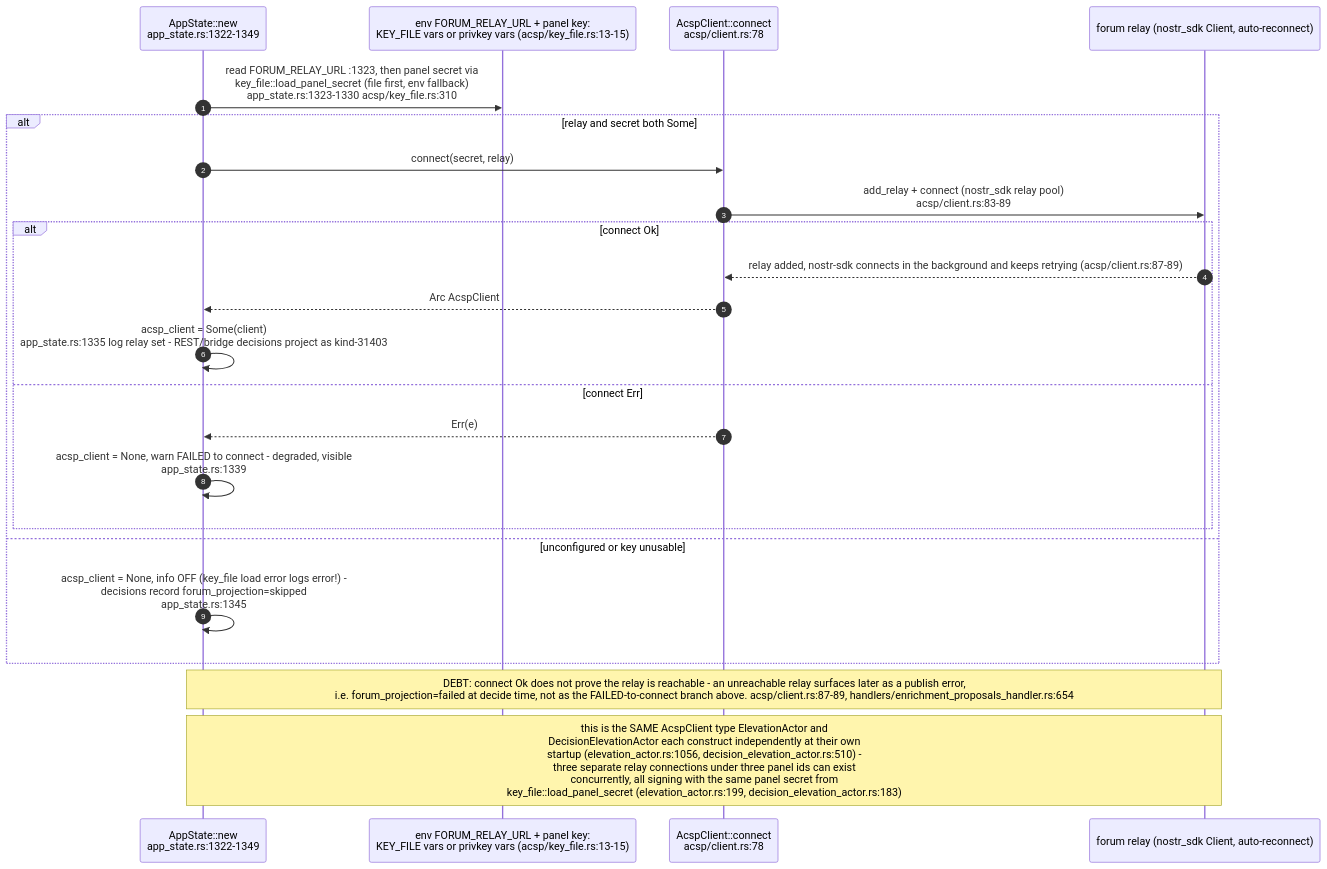
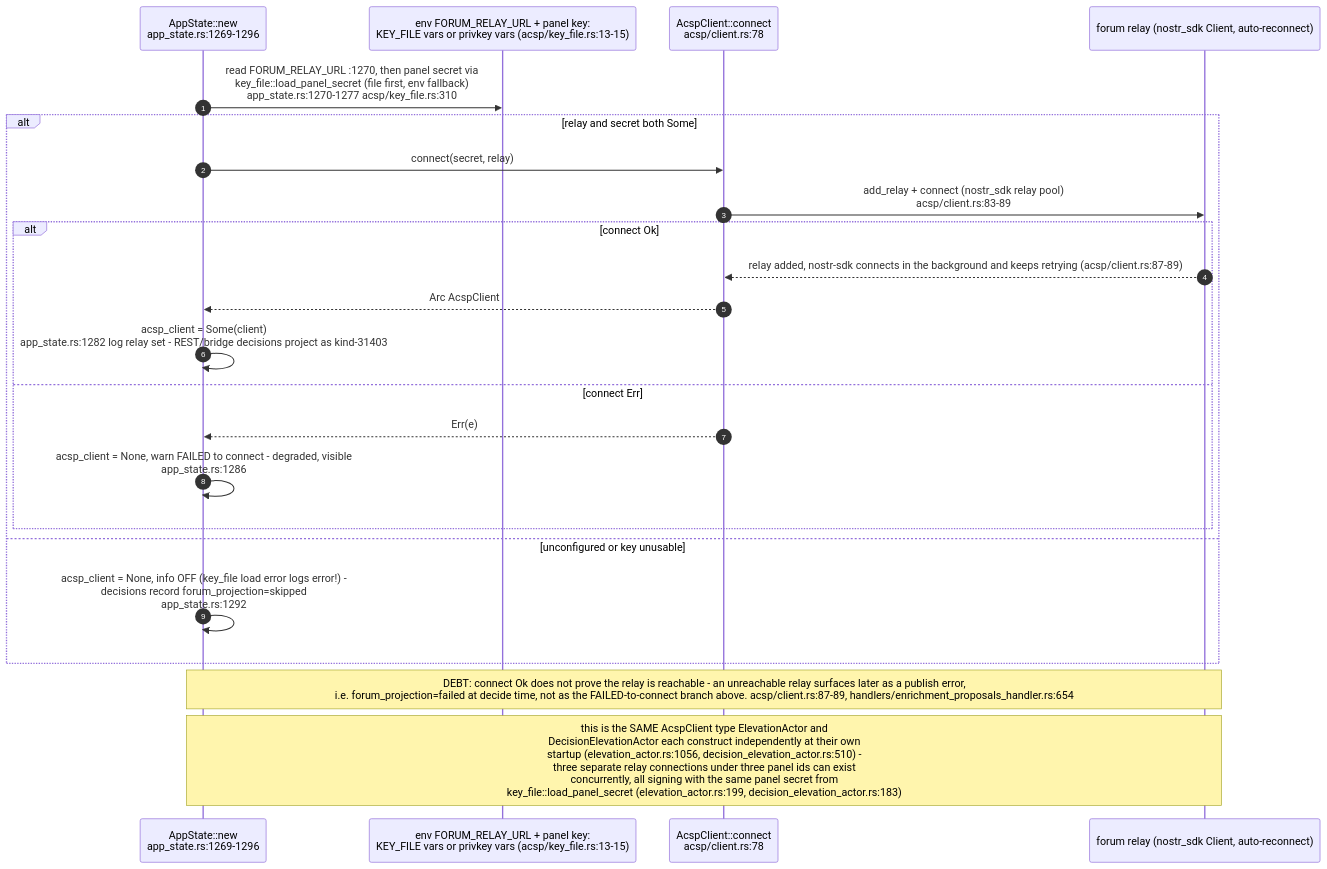
Before and after one commit to DreamLab-AI/VisionFlow: the tenth of 12 diagrams in docs/diagrams/visionclaw/24-acsp-decision-elevation.md, drawn with Mermaid. The commit also changed other lines of this file and 46 other files, not shown here.

Commit message:
docs(diagrams): re-verify VisionClaw topics at 809a859aa/a950f4d80 after the consolidation pass

````diff
--- a/docs/diagrams/visionclaw/24-acsp-decision-elevation.md
+++ b/docs/diagrams/visionclaw/24-acsp-decision-elevation.md
@@ -390,25 +390,25 @@
 ```mermaid
 sequenceDiagram
     autonumber
-    participant BOOT as AppState::new<br/>app_state.rs:1322-1349
+    participant BOOT as AppState::new<br/>app_state.rs:1269-1296
     participant ENV as env FORUM_RELAY_URL + panel key:<br/>KEY_FILE vars or privkey vars (acsp/key_file.rs:13-15)
     participant ACSP as AcspClient::connect<br/>acsp/client.rs:78
     participant RELAY as forum relay (nostr_sdk Client, auto-reconnect)
-    BOOT->>ENV: read FORUM_RELAY_URL :1323, then panel secret via<br/>key_file::load_panel_secret (file first, env fallback)<br/>app_state.rs:1323-1330 acsp/key_file.rs:310
+    BOOT->>ENV: read FORUM_RELAY_URL :1270, then panel secret via<br/>key_file::load_panel_secret (file first, env fallback)<br/>app_state.rs:1270-1277 acsp/key_file.rs:310
     alt relay and secret both Some
         BOOT->>ACSP: connect(secret, relay)
         ACSP->>RELAY: add_relay + connect (nostr_sdk relay pool)<br/>acsp/client.rs:83-89
         alt connect Ok
             RELAY-->>ACSP: relay added, nostr-sdk connects in the background and keeps retrying (acsp/client.rs:87-89)
             ACSP-->>BOOT: Arc AcspClient
-            BOOT->>BOOT: acsp_client = Some(client)<br/>app_state.rs:1335 log relay set - REST/bridge decisions project as kind-31403
+            BOOT->>BOOT: acsp_client = Some(client)<br/>app_state.rs:1282 log relay set - REST/bridge decisions project as kind-31403
         else connect Err
             ACSP-->>BOOT: Err(e)
-            BOOT->>BOOT: acsp_client = None, warn FAILED to connect - degraded, visible<br/>app_state.rs:1339
+            BOOT->>BOOT: acsp_client = None, warn FAILED to connect - degraded, visible<br/>app_state.rs:1286
         end
     else unconfigured or key unusable
-        BOOT->>BOOT: acsp_client = None, info OFF (key_file load error logs error!) -<br/>decisions record forum_projection=skipped<br/>app_state.rs:1345
+        BOOT->>BOOT: acsp_client = None, info OFF (key_file load error logs error!) -<br/>decisions record forum_projection=skipped<br/>app_state.rs:1292
     end
     Note over BOOT,RELAY: DEBT: connect Ok does not prove the relay is reachable - an unreachable relay surfaces later as a publish error,<br/>i.e. forum_projection=failed at decide time, not as the FAILED-to-connect branch above. acsp/client.rs:87-89, handlers/enrichment_proposals_handler.rs:654
     Note over BOOT,RELAY: this is the SAME AcspClient type ElevationActor and<br/>DecisionElevationActor each construct independently at their own<br/>startup (elevation_actor.rs:1056, decision_elevation_actor.rs:510) -<br/>three separate relay connections under three panel ids can exist<br/>concurrently, all signing with the same panel secret from<br/>key_file::load_panel_secret (elevation_actor.rs:199, decision_elevation_actor.rs:183)
 ```
````
